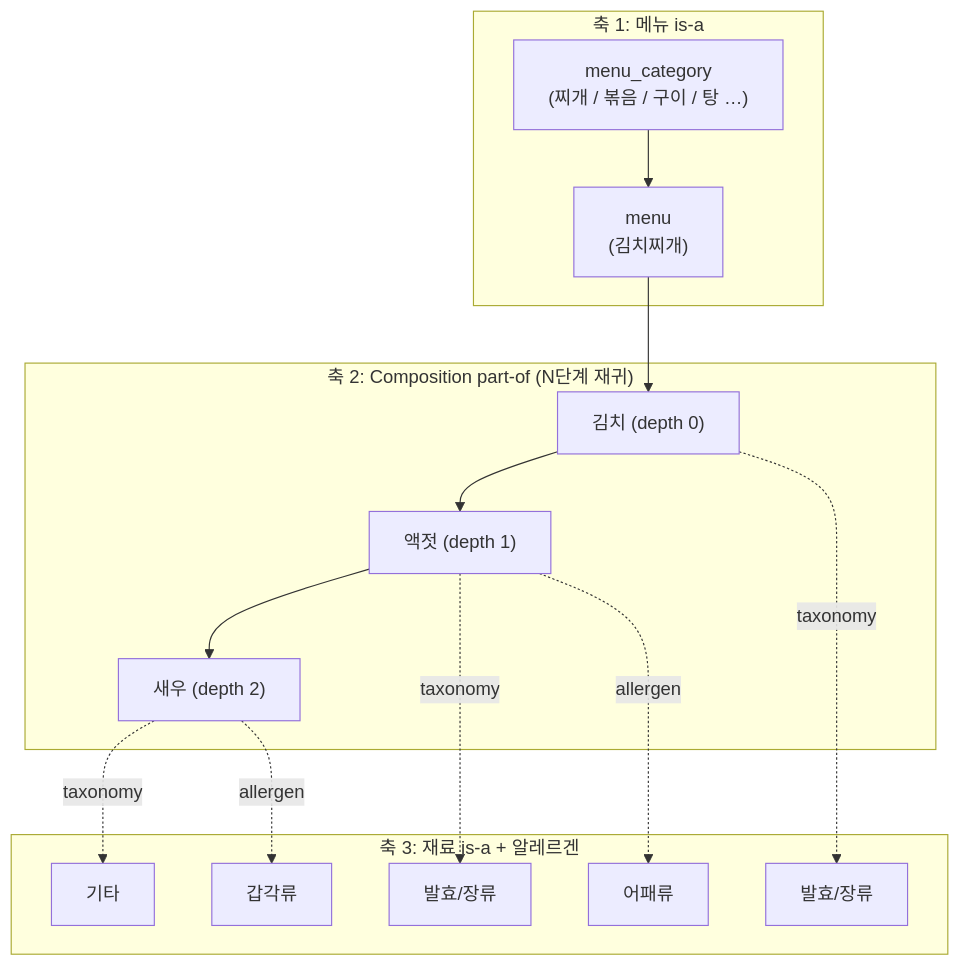
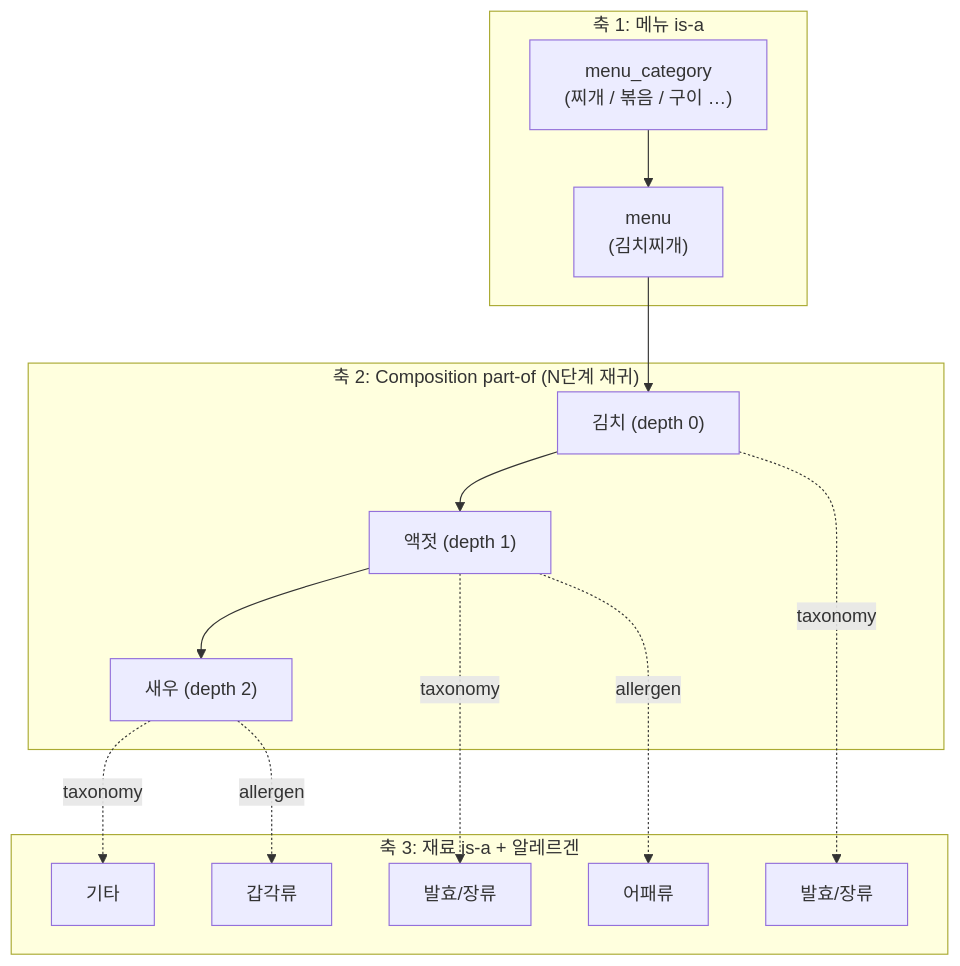
Before and after one commit to Han-Spoon/ai: the second of 3 diagrams in docs/agent-4-DBontology.md, drawn with Mermaid. The commit also changed other lines of this file, not shown here.

````diff
--- a/docs/agent-4-DBontology.md
+++ b/docs/agent-4-DBontology.md
@@ -37,20 +35,20 @@
 ```mermaid
 graph TB
     subgraph "축 1: 메뉴 is-a"
-        MC["menu_category<br/>(찌개 / 볶음 / 구이 / 탕 …)"] --> M["menu<br/>(김치찌개)"]
+        MC["menu_category<br/>(찌개 / 볶음 / 구이 …)"] --> M["menu<br/>(김치찌개)"]
     end
 
     subgraph "축 2: Composition part-of (N단계 재귀)"
         M --> I0["김치 (depth 0)"]
         I0 --> I1["액젓 (depth 1)"]
         I1 --> I2["새우 (depth 2)"]
     end
 
     subgraph "축 3: 재료 is-a + 알레르겐"
         I0 -.taxonomy.-> T0["발효/장류"]
         I1 -.taxonomy.-> T1["발효/장류"]
         I2 -.taxonomy.-> T2["기타"]
         I1 -.allergen.-> A1["어패류"]
         I2 -.allergen.-> A2["갑각류"]
     end
 ```
````
